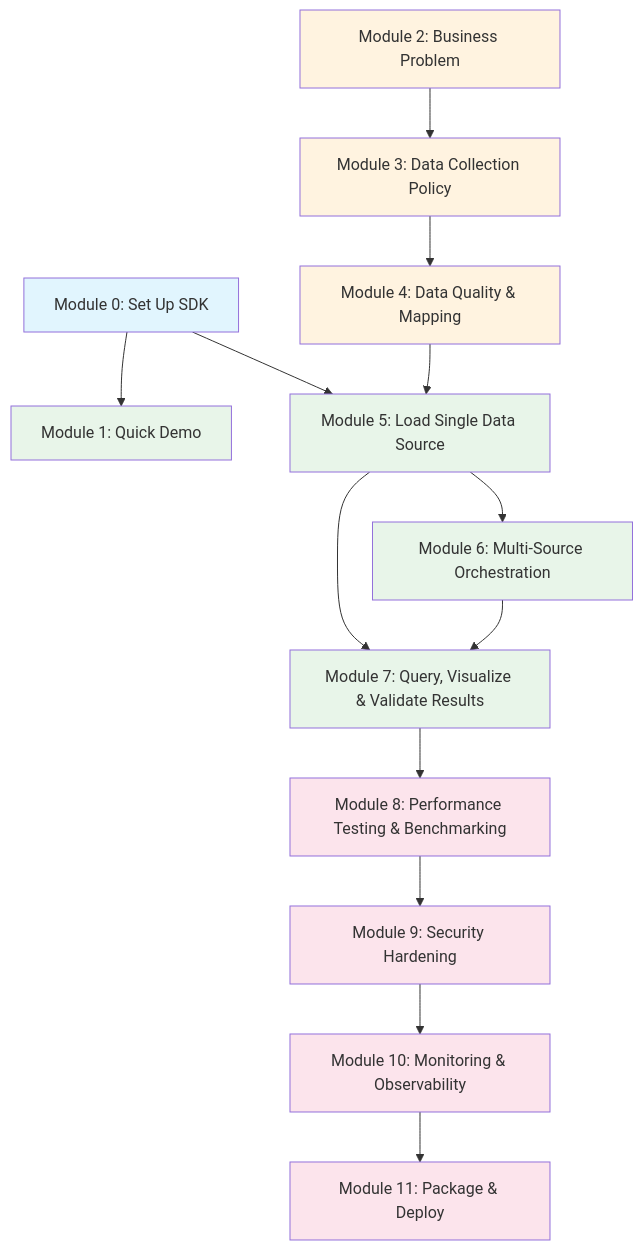
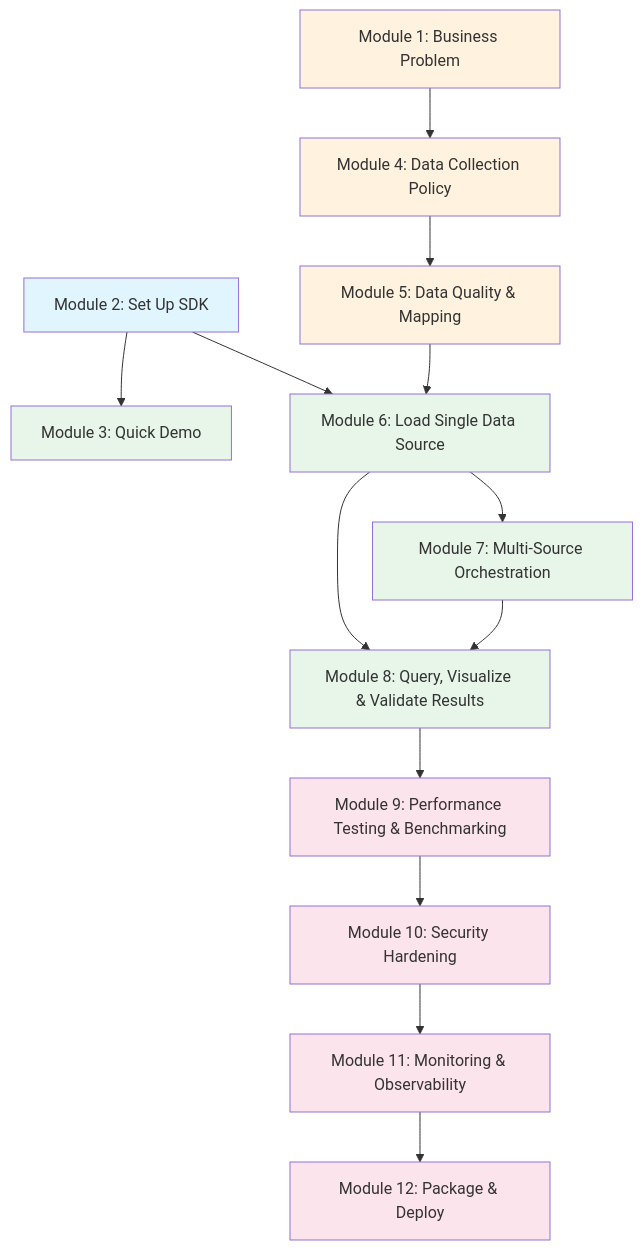
Before and after one commit to docktermj/senzing-bootcamp-kiro-powers: the diagram in senzing-bootcamp/docs/diagrams/module-prerequisites.md, drawn with Mermaid. The commit also changed other lines of this file and 185 other files, not shown here.

````diff
--- a/senzing-bootcamp/docs/diagrams/module-prerequisites.md
+++ b/senzing-bootcamp/docs/diagrams/module-prerequisites.md
@@ -5,31 +5,31 @@
 ```mermaid
 graph TD
-    M0[Module 0: Set Up SDK] --> M1[Module 1: Quick Demo]
-    M0 --> M5[Module 5: Load Single Data Source]
+    M2[Module 2: Set Up SDK] --> M3[Module 3: Quick Demo]
+    M2 --> M6[Module 6: Load Single Data Source]
 
-    M2[Module 2: Business Problem] --> M3[Module 3: Data Collection Policy]
-    M3 --> M4[Module 4: Data Quality & Mapping]
-    M4 --> M5
+    M1[Module 1: Business Problem] --> M4[Module 4: Data Collection Policy]
+    M4 --> M5[Module 5: Data Quality & Mapping]
+    M5 --> M6
 
-    M5 --> M6[Module 6: Multi-Source Orchestration]
-    M5 --> M7[Module 7: Query, Visualize & Validate Results]
-    M6 --> M7
+    M6 --> M7[Module 7: Multi-Source Orchestration]
+    M6 --> M8[Module 8: Query, Visualize & Validate Results]
+    M7 --> M8
 
-    M7 --> M8[Module 8: Performance Testing & Benchmarking]
-    M8 --> M9[Module 9: Security Hardening]
-    M9 --> M10[Module 10: Monitoring & Observability]
-    M10 --> M11[Module 11: Package & Deploy]
+    M8 --> M9[Module 9: Performance Testing & Benchmarking]
+    M9 --> M10[Module 10: Security Hardening]
+    M10 --> M11[Module 11: Monitoring & Observability]
+    M11 --> M12[Module 12: Package & Deploy]
 
-    style M0 fill:#e1f5fe
-    style M1 fill:#e8f5e9
-    style M2 fill:#fff3e0
-    style M3 fill:#fff3e0
+    style M1 fill:#fff3e0
+    style M2 fill:#e1f5fe
+    style M3 fill:#e8f5e9
     style M4 fill:#fff3e0
-    style M5 fill:#e8f5e9
+    style M5 fill:#fff3e0
     style M6 fill:#e8f5e9
     style M7 fill:#e8f5e9
-    style M8 fill:#fce4ec
+    style M8 fill:#e8f5e9
     style M9 fill:#fce4ec
     style M10 fill:#fce4ec
     style M11 fill:#fce4ec
+    style M12 fill:#fce4ec
 ```
````
